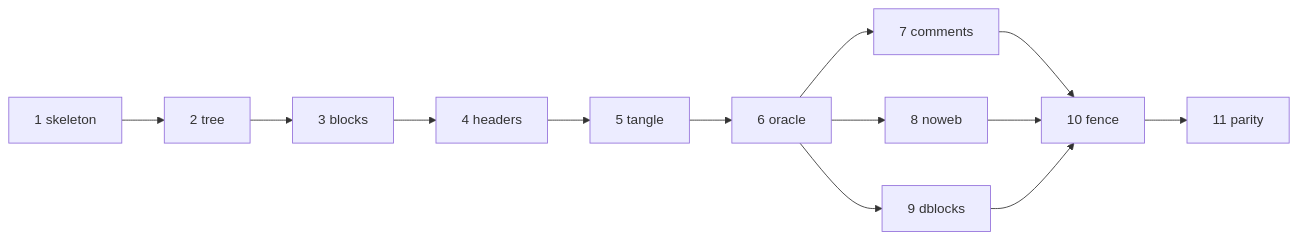
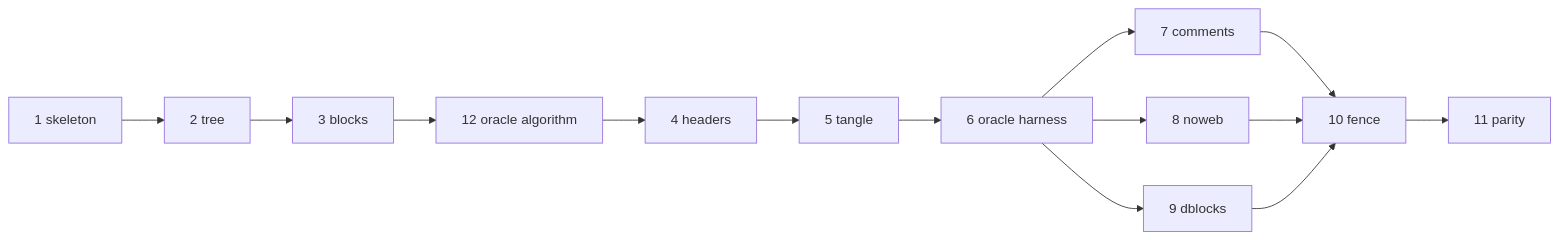
One commit to bilus/babble changed the first of 5 diagrams in BOOK.org. Above: the diagram before and after it, drawn with Mermaid. The commit also changed other lines of this file, not shown here.

First line of the commit message:
Plan the pivot to the oracle's own parsing algorithm

```diff
--- a/BOOK.org
+++ b/BOOK.org
@@ -44,9 +47,9 @@
 #+begin_src mermaid
 graph LR
-  s1[1 skeleton] --> s2[2 tree] --> s3[3 blocks] --> s4[4 headers]
-  s4 --> s5[5 tangle] --> s6[6 oracle]
+  s1[1 skeleton] --> s2[2 tree] --> s3[3 blocks] --> s12[12 oracle algorithm]
+  s12 --> s4[4 headers] --> s5[5 tangle] --> s6[6 oracle harness]
   s6 --> s7[7 comments] --> s10[10 fence]
   s6 --> s8[8 noweb] --> s10
   s6 --> s9[9 dblocks] --> s10
   s10 --> s11[11 parity]
 #+end_src
```
